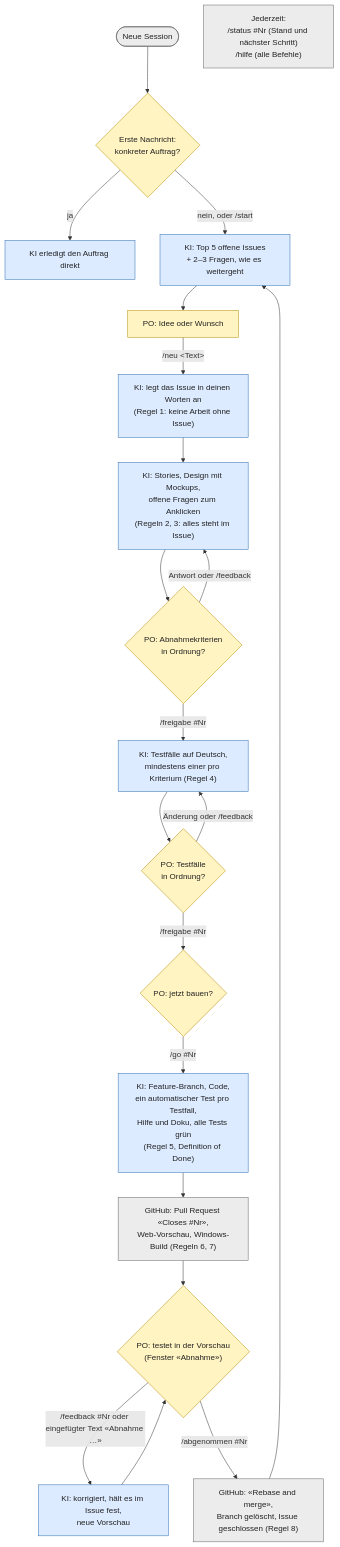
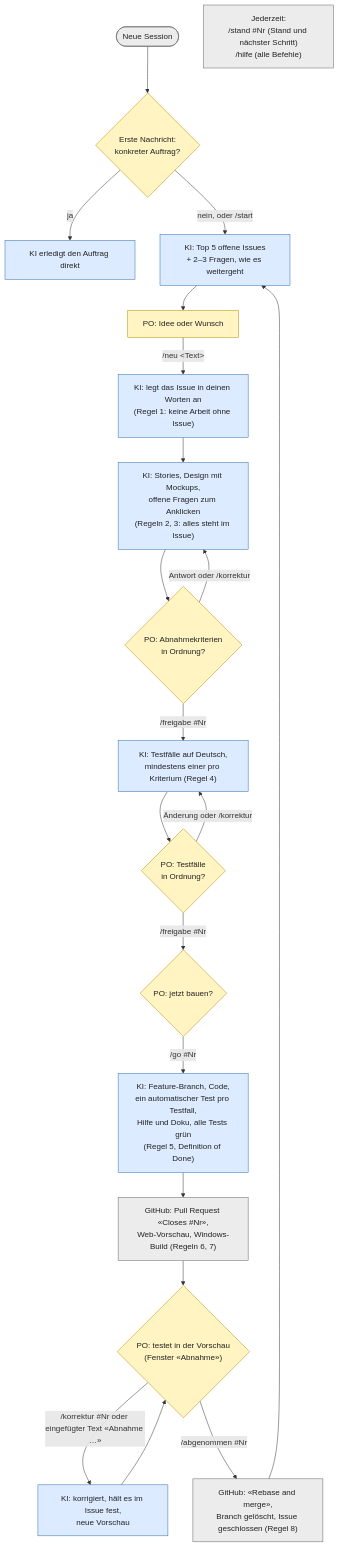
The diagram in docs/working-mode.md (goerks/GetThingsDone), drawn with Mermaid before and after one commit. The commit also changed other lines of this file and 7 other files, not shown here.

First line of the commit message:
Rename /status to /stand and /feedback to /korrektur (#43)

````diff
--- a/docs/working-mode.md
+++ b/docs/working-mode.md
@@ -15,30 +15,30 @@
 ```mermaid
 flowchart TD
   S(["Neue Session"]) --> Q{"Erste Nachricht:<br/>konkreter Auftrag?"}
   Q -- "ja" --> T["KI erledigt den Auftrag direkt"]
   Q -- "nein, oder /start" --> START["KI: Top 5 offene Issues<br/>+ 2–3 Fragen, wie es weitergeht"]
   START --> IDEA["PO: Idee oder Wunsch"]
   IDEA -- "/neu &lt;Text&gt;" --> ISSUE["KI: legt das Issue in deinen Worten an<br/>(Regel 1: keine Arbeit ohne Issue)"]
   ISSUE --> REFINE["KI: Stories, Design mit Mockups,<br/>offene Fragen zum Anklicken<br/>(Regeln 2, 3: alles steht im Issue)"]
   REFINE --> AC{"PO: Abnahmekriterien<br/>in Ordnung?"}
-  AC -- "Antwort oder /feedback" --> REFINE
+  AC -- "Antwort oder /korrektur" --> REFINE
   AC -- "/freigabe #Nr" --> TC["KI: Testfälle auf Deutsch,<br/>mindestens einer pro Kriterium (Regel 4)"]
   TC --> TCOK{"PO: Testfälle<br/>in Ordnung?"}
-  TCOK -- "Änderung oder /feedback" --> TC
+  TCOK -- "Änderung oder /korrektur" --> TC
   TCOK -- "/freigabe #Nr" --> GO{"PO: jetzt bauen?"}
   GO -- "/go #Nr" --> BUILD["KI: Feature-Branch, Code,<br/>ein automatischer Test pro Testfall,<br/>Hilfe und Doku, alle Tests grün<br/>(Regel 5, Definition of Done)"]
   BUILD --> PR["GitHub: Pull Request «Closes #Nr»,<br/>Web-Vorschau, Windows-Build (Regeln 6, 7)"]
   PR --> CHECK{"PO: testet in der Vorschau<br/>(Fenster «Abnahme»)"}
-  CHECK -- "/feedback #Nr oder eingefügter Text «Abnahme …»" --> FIX["KI: korrigiert, hält es im Issue fest,<br/>neue Vorschau"]
+  CHECK -- "/korrektur #Nr oder eingefügter Text «Abnahme …»" --> FIX["KI: korrigiert, hält es im Issue fest,<br/>neue Vorschau"]
   FIX --> CHECK
   CHECK -- "/abgenommen #Nr" --> MERGE["GitHub: «Rebase and merge»,<br/>Branch gelöscht, Issue geschlossen (Regel 8)"]
   MERGE --> START
-  ANY["Jederzeit:<br/>/status #Nr (Stand und nächster Schritt)<br/>/hilfe (alle Befehle)"]
+  ANY["Jederzeit:<br/>/stand #Nr (Stand und nächster Schritt)<br/>/hilfe (alle Befehle)"]
 
   classDef po fill:#fff4c2,stroke:#b38f00,color:#222
   classDef ai fill:#dcebff,stroke:#2f6fb3,color:#222
   classDef gh fill:#ececec,stroke:#666,color:#222
   class Q,IDEA,AC,TCOK,GO,CHECK po
   class T,START,ISSUE,REFINE,TC,BUILD,FIX ai
   class S,PR,MERGE,ANY gh
 ```
````
